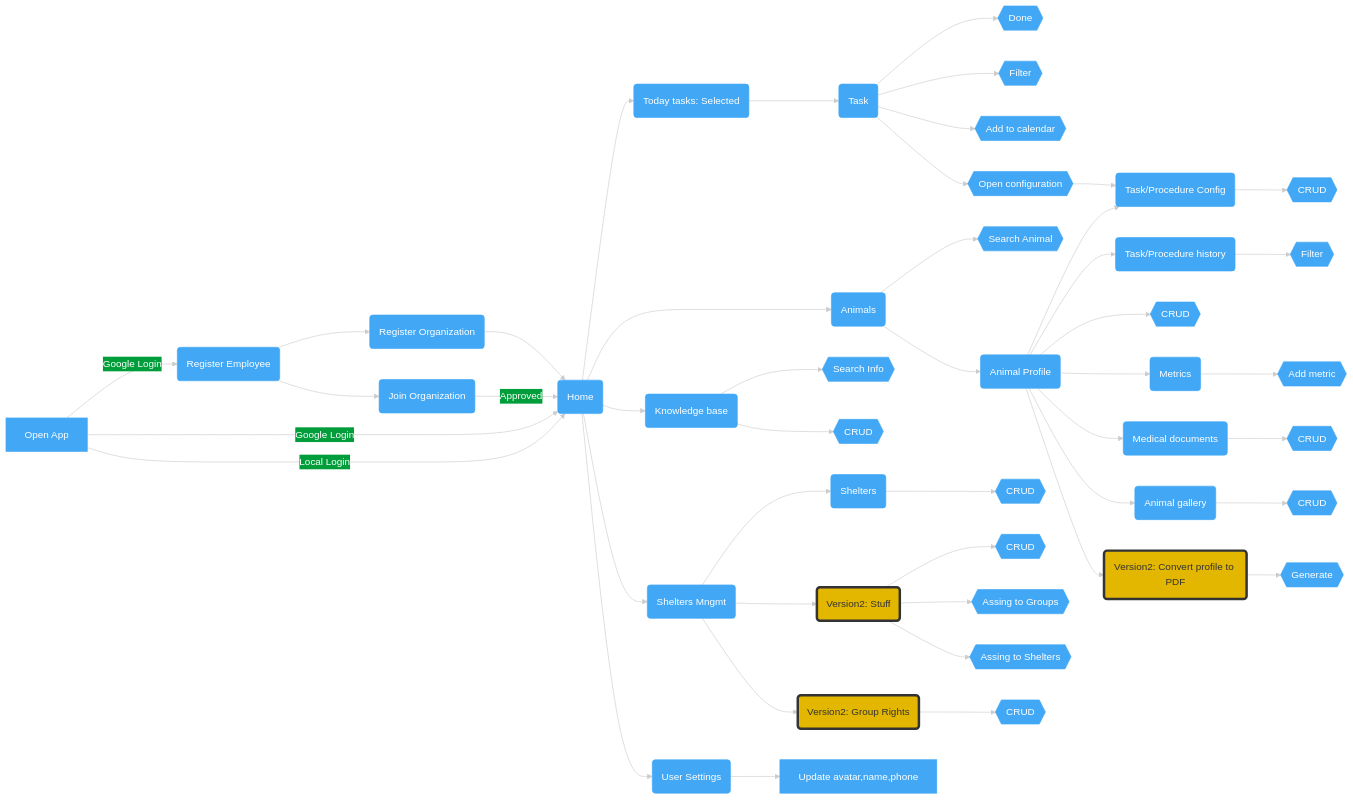
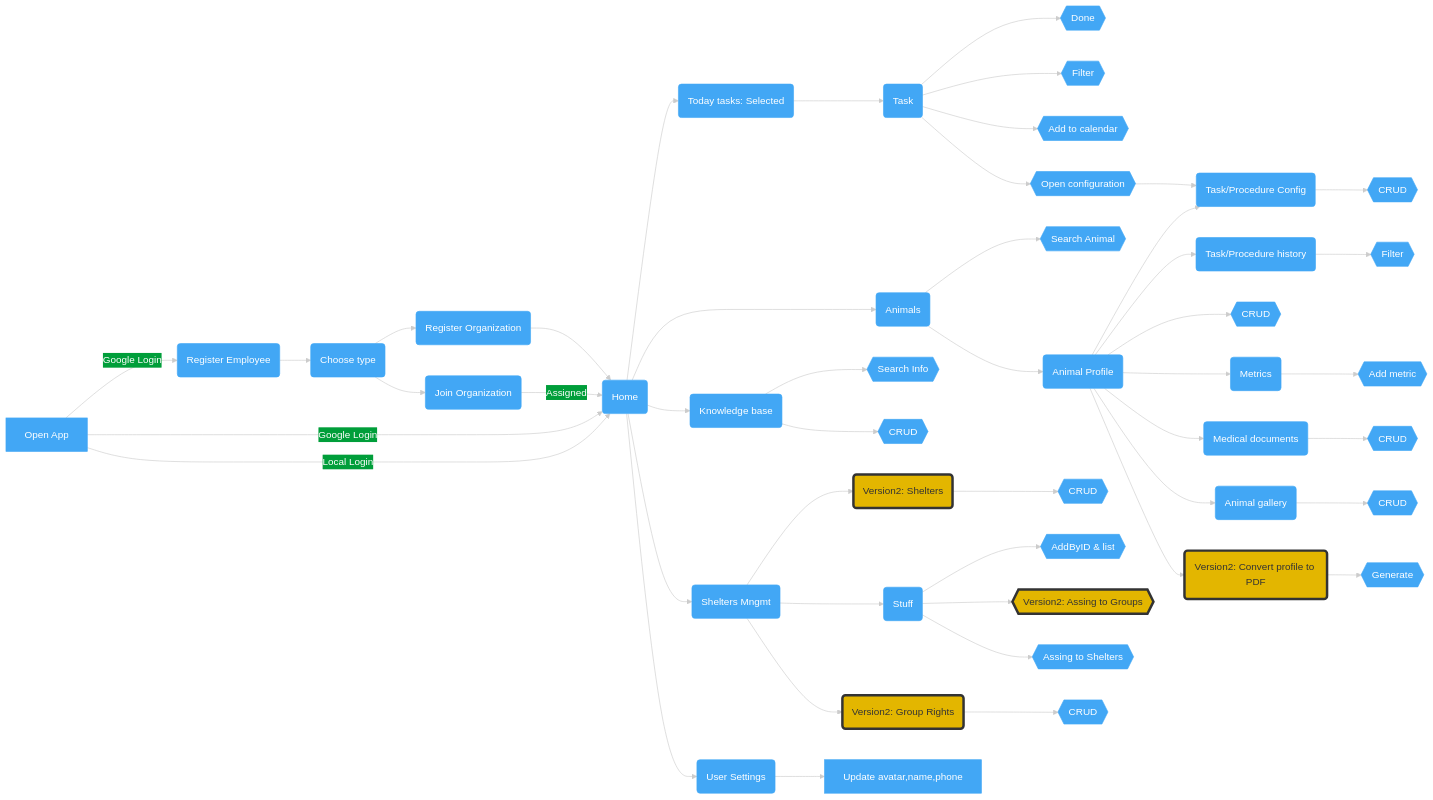
Before and after one commit to UkraineAnimalHelp/Shelters-Management-App: the diagram in docs/UIFlow.md, drawn with Mermaid.

Commit message:
Flow changes

````diff
--- a/docs/UIFlow.md
+++ b/docs/UIFlow.md
@@ -9,52 +9,54 @@
 ```mermaid
 %%{init: {
     "theme": "base",
     "themeVariables": {
         "primaryColor": "#42a7f5",
         "primaryTextColor": "#fff",
         "primaryBorderColor": "#42a7f5",
         "lineColor": "#cccccc",
         "secondaryColor": "#009e3a"
     }
 } }%%
 flowchart LR;
-    style Stuff fill:#e3b600,stroke:#333,color:#333,stroke-width:4px
+    style AssingGroups fill:#e3b600,stroke:#333,color:#333,stroke-width:4px
     style GroupRights fill:#e3b600,stroke:#333,color:#333,stroke-width:4px
     style MakePDF fill:#e3b600,stroke:#333,color:#333,stroke-width:4px
+    style Shelters fill:#e3b600,stroke:#333,color:#333,stroke-width:4px
 
-    A[Open App] -->|Google Login| Register(Register Employee)-->RegisterOrg(Register Organization)--> Home(Home)
-    Register(Register Employee)-->AssignToOrg(Join Organization)-->|Approved| Home(Home)
+    A[Open App] -->|Google Login| Register(Register Employee)-->ChooseType(Choose type)
+    ChooseType(Choose type)-->RegisterOrg(Register Organization)--> Home(Home)
+    ChooseType(Choose type)-->AssignToOrg(Join Organization)-->|Assigned| Home(Home)
     A[Open App] -->|Google Login| Home(Home)
     A[Open App] -->|Local Login| Home(Home)
     Home --> Tasks(Today tasks: Selected)
     Home --> Animals(Animals)
     Home --> Knowledge(Knowledge base)
     Home --> SheltersMngmt(Shelters Mngmt)
     Home --> UserSettings(User Settings)-->UpdateUserSettings[Update avatar,name,phone]
 
     Tasks-->Task(Task)
     Task-->Done{{Done}}
     Task-->Filter{{Filter}}
     Task-->Notify{{Add to calendar}}
     Task-->OpenTaskConfig{{Open configuration}}
     OpenTaskConfig-->TaskConfig(Task/Procedure Config)-->CRUDTaskConfig{{CRUD}}
 
     Animals-->SerchAnimal{{Search Animal}}
     Animals-->AnimalProfile(Animal Profile)
     AnimalProfile-->TaskConfig
     AnimalProfile-->TaskHistory(Task/Procedure history)-->FilterHistory{{Filter}}
     AnimalProfile-->CRUDAnimalProfile{{CRUD}}
     AnimalProfile-->Metrics(Metrics)-->AddMetric{{Add metric}}
     AnimalProfile-->MedicalDocs(Medical documents)-->CRUDAddMedicalDoc{{CRUD}}
     AnimalProfile-->AnimalGallery(Animal gallery)-->CRUDAnimalGallery{{CRUD}}
     AnimalProfile-->MakePDF(Version2: Convert profile to PDF)-->Generate{{Generate}}
 
     Knowledge-->SearchInfo{{Search Info}}
     Knowledge-->CRUDKnowledge{{CRUD}}
 
-    SheltersMngmt-->Shelters(Shelters)-->CRUDShelters{{CRUD}}
-    SheltersMngmt-->Stuff(Version2: Stuff)-->CRUDStuff{{CRUD}}
-    Stuff(Version2: Stuff)-->AssingGroups{{Assing to Groups}}
-    Stuff(Version2: Stuff)-->AssingShelters{{Assing to Shelters}}
+    SheltersMngmt-->Shelters(Version2: Shelters)-->CRUDShelters{{CRUD}}
+    SheltersMngmt-->Stuff(Stuff)-->CRUDStuff{{AddByID & list}}
+    Stuff(Stuff)-->AssingGroups{{Version2: Assing to Groups}}
+    Stuff(Stuff)-->AssingShelters{{Assing to Shelters}}
     SheltersMngmt-->GroupRights(Version2: Group Rights)-->CRUDGroupRights{{CRUD}}
 ```
````
